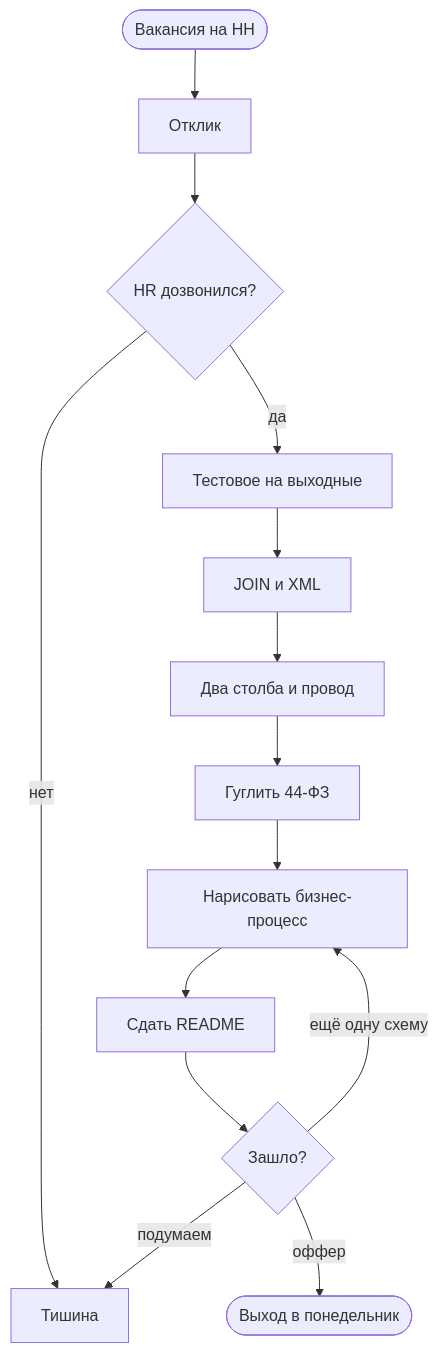
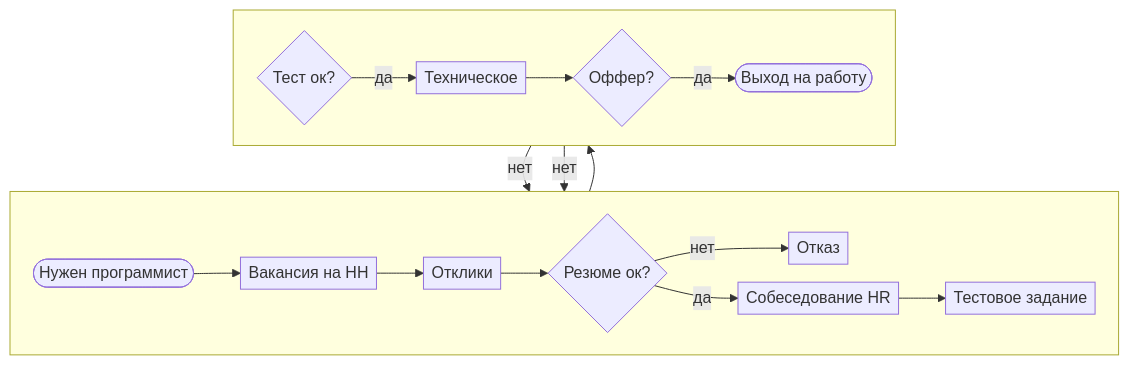
Before and after one commit to kgonsovskii/4a-consult: the diagram in readme.md, drawn with Mermaid. The commit also changed other lines of this file, not shown here.

````diff
--- a/readme.md
+++ b/readme.md
@@ -477,16 +479,21 @@
 ```mermaid
-flowchart TD
-    start([Вакансия на HH]) --> apply[Отклик]
-    apply --> hr{HR дозвонился?}
-    hr -->|нет| ghost[Тишина]
-    hr -->|да| task[Тестовое на выходные]
-    task --> sql[JOIN и XML]
-    sql --> poles[Два столба и провод]
-    poles --> fz[Гуглить 44-ФЗ]
-    fz --> draw[Нарисовать бизнес-процесс]
-    draw --> send[Сдать README]
-    send --> review{Зашло?}
-    review -->|ещё одну схему| draw
-    review -->|оффер| job([Выход в понедельник])
-    review -->|подумаем| ghost
+%%{init: {"flowchart": {"nodeSpacing": 18, "rankSpacing": 22, "padding": 4}} }%%
+flowchart TB
+    subgraph row1[" "]
+        direction LR
+        start([Нужен программист]) --> vac[Вакансия на HH] --> inbox[Отклики]
+        inbox --> cv{Резюме ок?}
+        cv -->|нет| reject[Отказ]
+        cv -->|да| hr[Собеседование HR]
+        hr --> task[Тестовое задание]
+    end
+    subgraph row2[" "]
+        direction LR
+        task --> check{Тест ок?}
+        check -->|нет| reject
+        check -->|да| tech[Техническое]
+        tech --> offer{Оффер?}
+        offer -->|нет| reject
+        offer -->|да| hire([Выход на работу])
+    end
 ```
````
